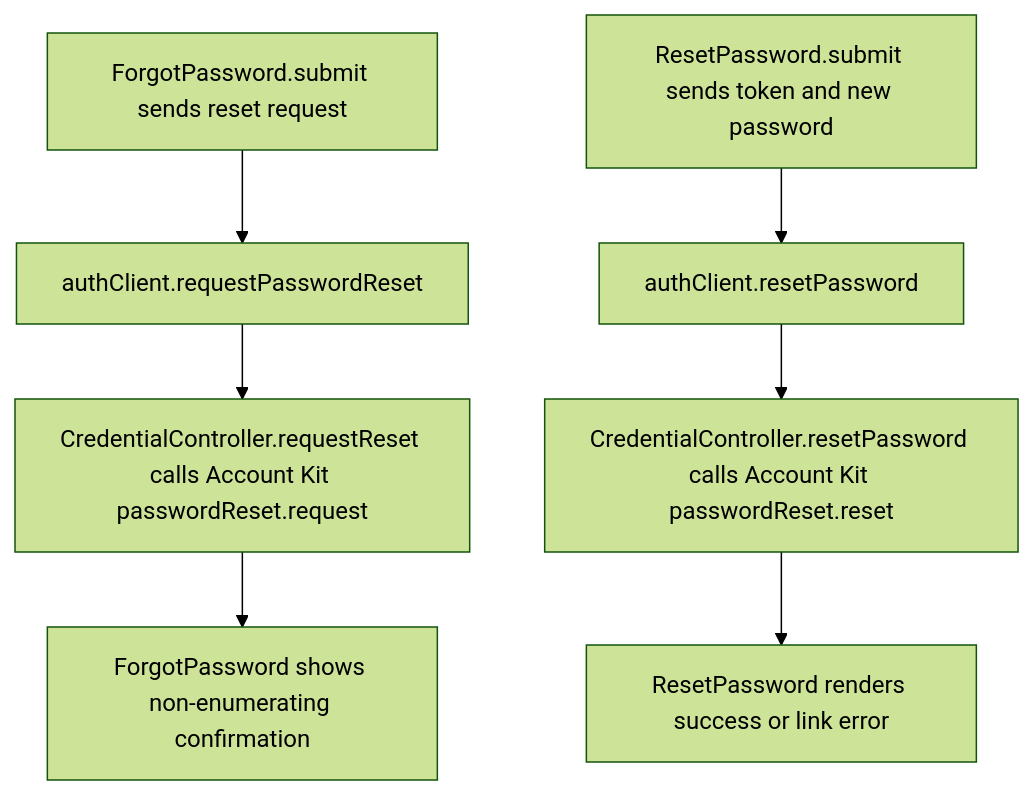
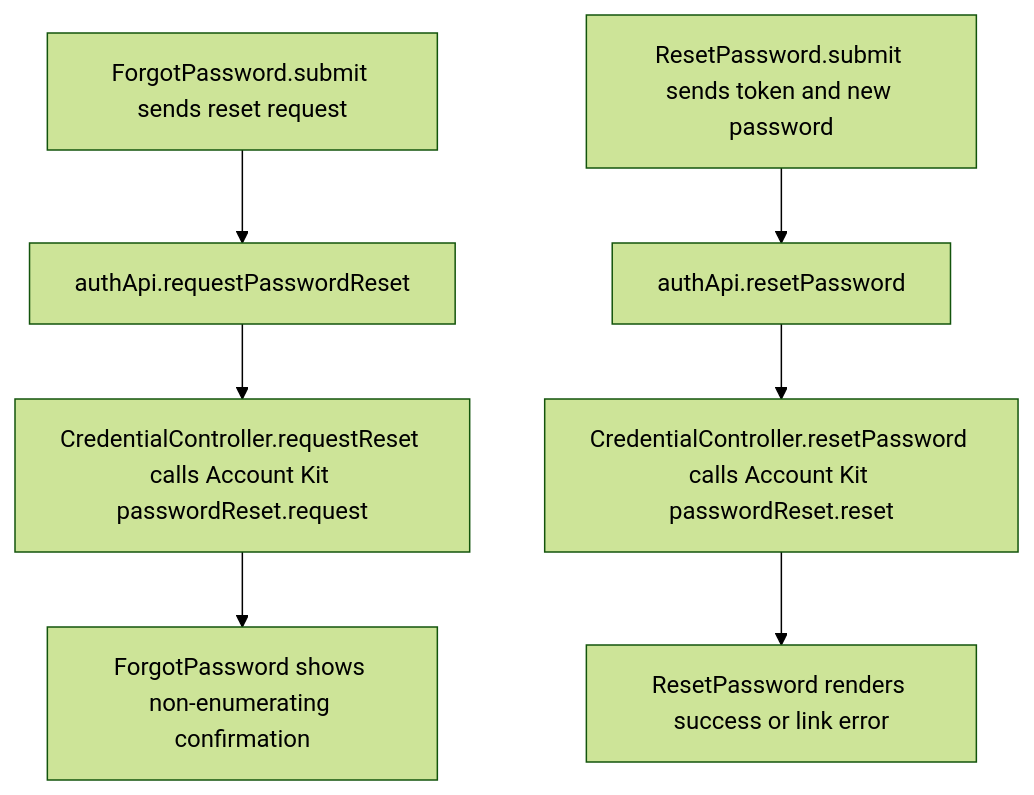
The second of 2 diagrams in user-stories/account/US-ACCOUNT-03-password-reset.md (Kevinjohn/capacitylens), drawn with Mermaid (forest theme) before and after one commit. The commit also changed other lines of this file and 79 other files, not shown here.

First line of the commit message:
Client to Api: rename the typed HTTP modules

````diff
--- a/user-stories/account/US-ACCOUNT-03-password-reset.md
+++ b/user-stories/account/US-ACCOUNT-03-password-reset.md
@@ -40,9 +40,9 @@
 ```mermaid
 flowchart TD
-  forgot["ForgotPassword.submit sends reset request"] --> request["authClient.requestPasswordReset"]
+  forgot["ForgotPassword.submit sends reset request"] --> request["authApi.requestPasswordReset"]
   request --> kitRequest["CredentialController.requestReset calls Account Kit passwordReset.request"]
   kitRequest --> neutral["ForgotPassword shows non-enumerating confirmation"]
-  link["ResetPassword.submit sends token and new password"] --> reset["authClient.resetPassword"]
+  link["ResetPassword.submit sends token and new password"] --> reset["authApi.resetPassword"]
   reset --> kitReset["CredentialController.resetPassword calls Account Kit passwordReset.reset"]
   kitReset --> outcome["ResetPassword renders success or link error"]
 ```
````
